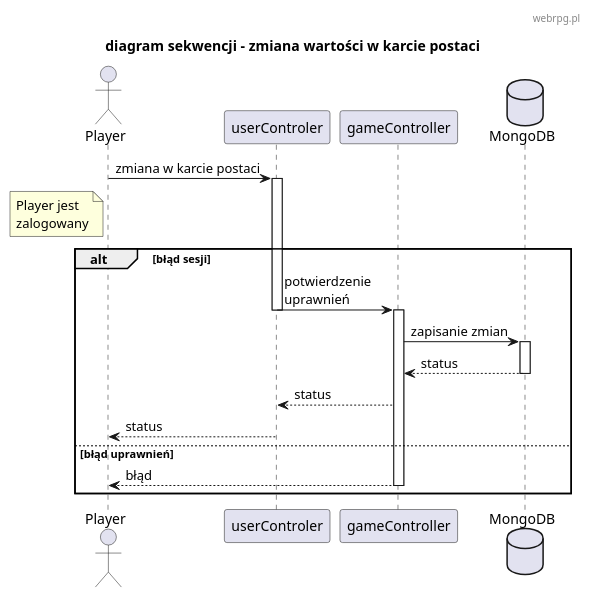
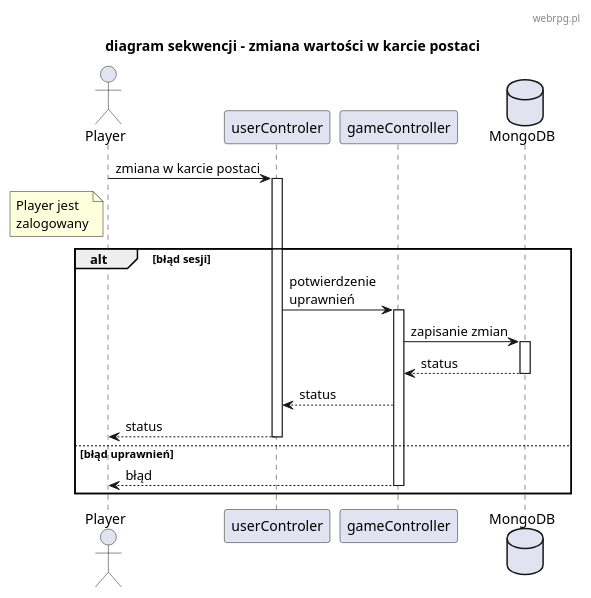
The diagram in diagrams/diagram_sekwencji2.plantuml (TheVivent-Politechnika-Lodzka/io_webrpg), drawn with PlantUML before and after one commit.

Commit message:
poprawiony blok w sekwencji

```diff
--- a/diagrams/diagram_sekwencji2.plantuml
+++ b/diagrams/diagram_sekwencji2.plantuml
@@ -1,38 +1,37 @@
 @startuml
 skinparam defaultFontName "Comic Sans MS"
 header webrpg.pl
 title "diagram sekwencji - zmiana wartości w karcie postaci"
 
 actor Player
 participant "userControler" as UserController
 participant "gameController" as GameController
 database MongoDB as db
 
 Player -> UserController : zmiana w karcie postaci
 activate UserController
 
 note left of Player: Player jest\nzalogowany 
 
 alt błąd sesji
 
     UserController -> GameController : potwierdzenie\nuprawnień
-        deactivate UserController
         activate GameController
     GameController -> db : zapisanie zmian
         activate db
     db --> GameController : status
         deactivate db
     GameController --> UserController : status 
     UserController --> Player : status
-        deactivate UserController
 
     else błąd uprawnień 
+        deactivate UserController
 
     GameController --> Player : błąd
         deactivate GameController
 
 end
 
 
 
 @enduml
```
